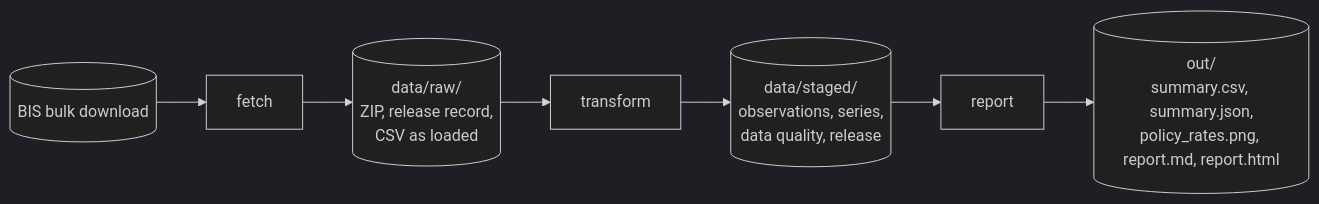
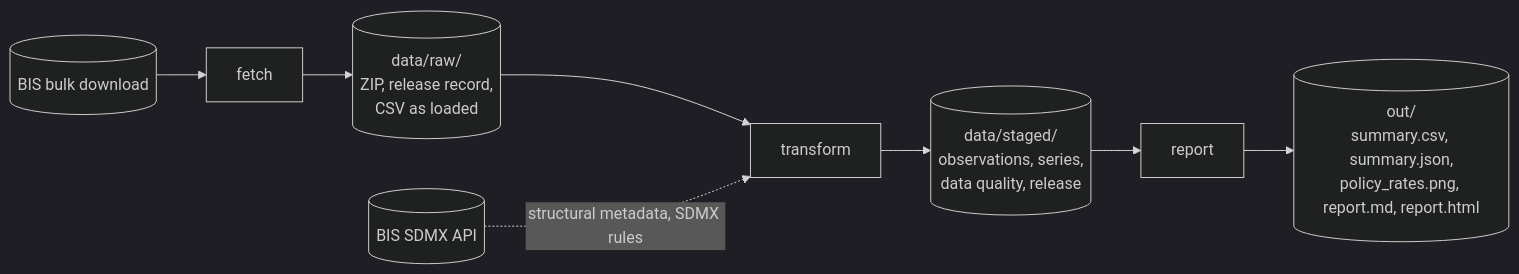
One commit to andrea-dm/policy-rate-monitor changed the first of 3 diagrams in docs/architecture.md. Above: the diagram before and after it, drawn with Mermaid (dark theme). The commit also changed other lines of this file and 23 other files, not shown here.

First line of the commit message:
docs: document the checks against the BIS structural metadata

````diff
--- a/docs/architecture.md
+++ b/docs/architecture.md
@@ -15,12 +15,14 @@
 ```mermaid
 flowchart LR
     bis[("BIS bulk download")]
+    api[("BIS SDMX API")]
     fetch["fetch"]
     transform["transform"]
     report["report"]
     raw[("data/raw/<br/>ZIP, release record,<br/>CSV as loaded")]
     staged[("data/staged/<br/>observations, series,<br/>data quality, release")]
     out[("out/<br/>summary.csv, summary.json,<br/>policy_rates.png, report.md, report.html")]
 
     bis --> fetch --> raw --> transform --> staged --> report --> out
+    api -. structural metadata, SDMX rules .-> transform
 ```
````
